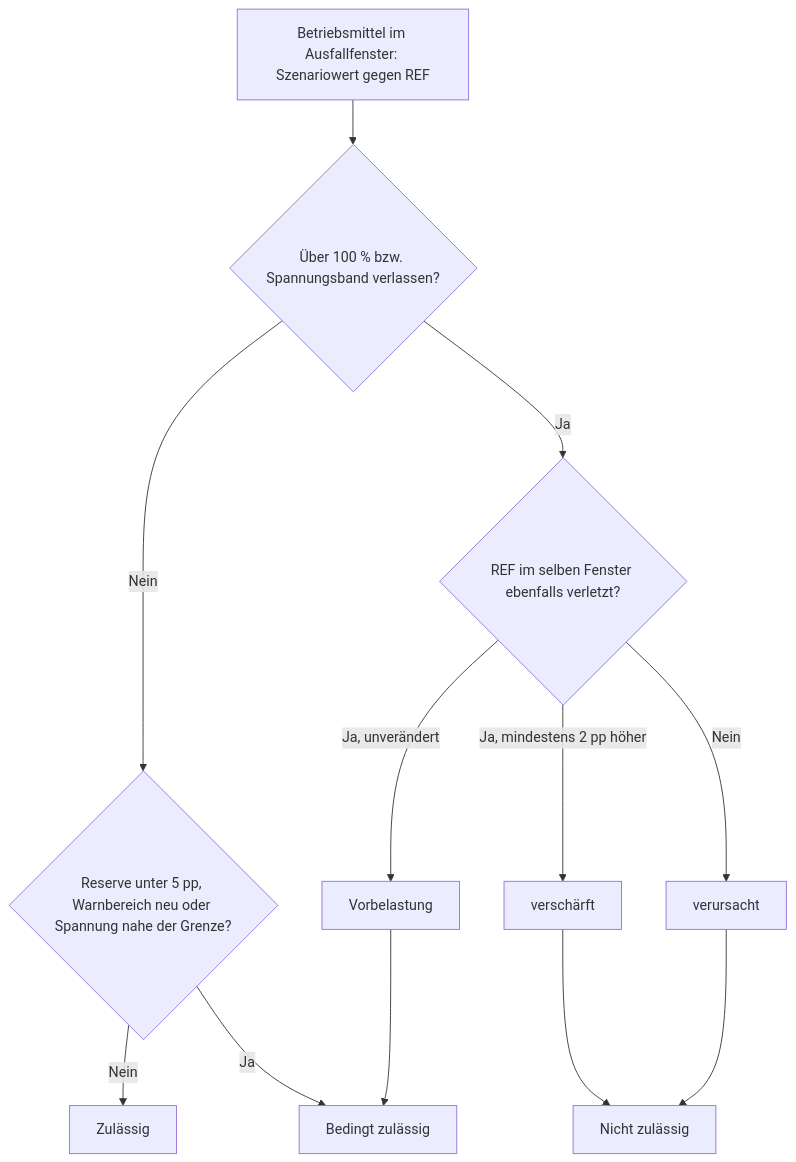
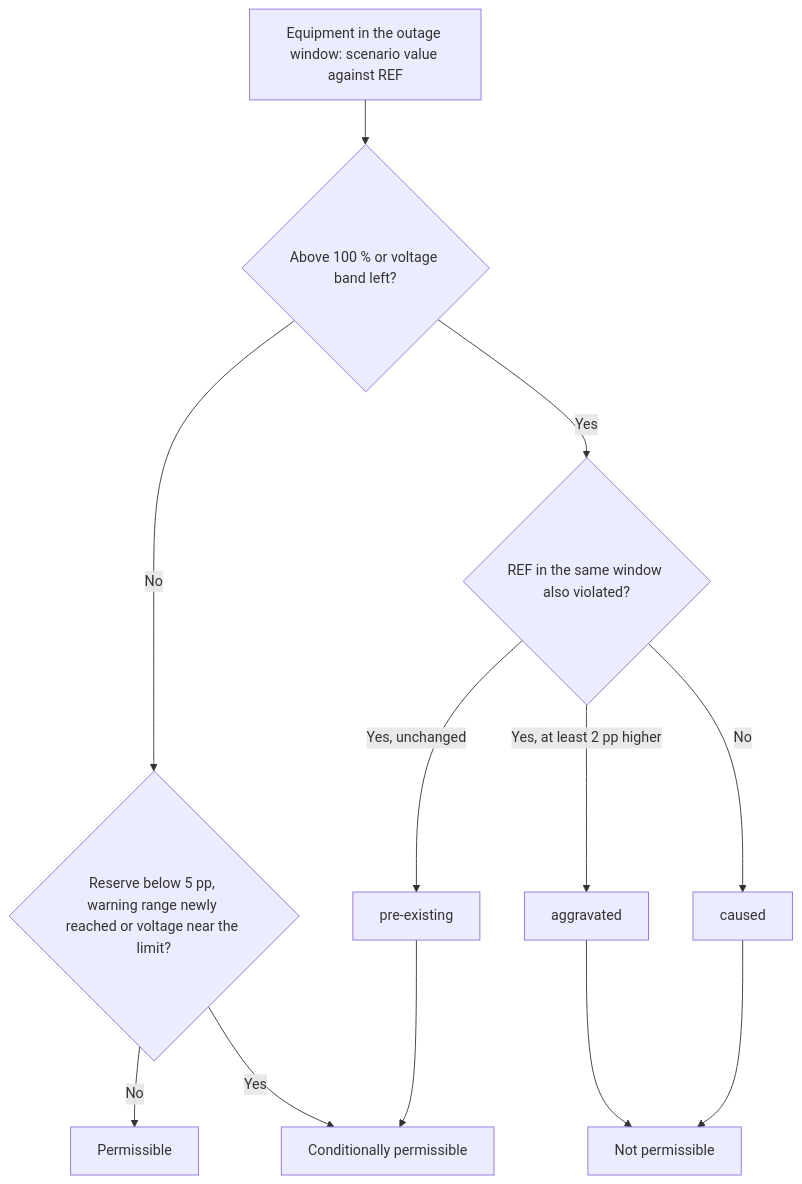
The eighth of 11 diagrams in BIG_PICTURE.md (hadiibrahim-Engin/nahriva-grid-analysis), drawn with Mermaid before and after one commit. The commit also changed other lines of this file and 186 other files, not shown here.

````diff
--- a/BIG_PICTURE.md
+++ b/BIG_PICTURE.md
@@ -295,14 +276,14 @@
 ```mermaid
 flowchart TD
-    Cell[Betriebsmittel im Ausfallfenster: Szenariowert gegen REF] --> Over{Über 100 % bzw. Spannungsband verlassen?}
-    Over -->|Nein| Soft{Reserve unter 5 pp, Warnbereich neu oder Spannung nahe der Grenze?}
-    Over -->|Ja| Cause{REF im selben Fenster ebenfalls verletzt?}
-    Cause -->|Nein| Bad[verursacht]
-    Cause -->|Ja, mindestens 2 pp höher| Worse[verschärft]
-    Cause -->|Ja, unverändert| Pre[Vorbelastung]
-    Bad --> No[Nicht zulässig]
+    Cell[Equipment in the outage window: scenario value against REF] --> Over{Above 100 % or voltage band left?}
+    Over -->|No| Soft{Reserve below 5 pp, warning range newly reached or voltage near the limit?}
+    Over -->|Yes| Cause{REF in the same window also violated?}
+    Cause -->|No| Bad[caused]
+    Cause -->|Yes, at least 2 pp higher| Worse[aggravated]
+    Cause -->|Yes, unchanged| Pre[pre-existing]
+    Bad --> No[Not permissible]
     Worse --> No
-    Pre --> Cond[Bedingt zulässig]
-    Soft -->|Ja| Cond
-    Soft -->|Nein| Ok[Zulässig]
+    Pre --> Cond[Conditionally permissible]
+    Soft -->|Yes| Cond
+    Soft -->|No| Ok[Permissible]
 ```
````
